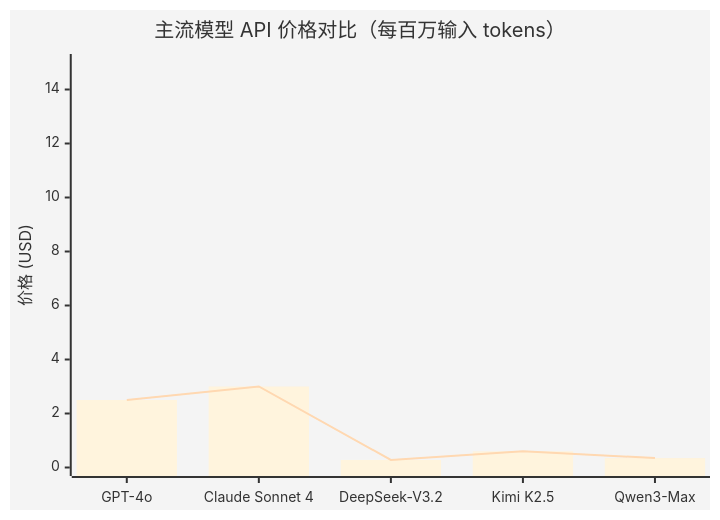
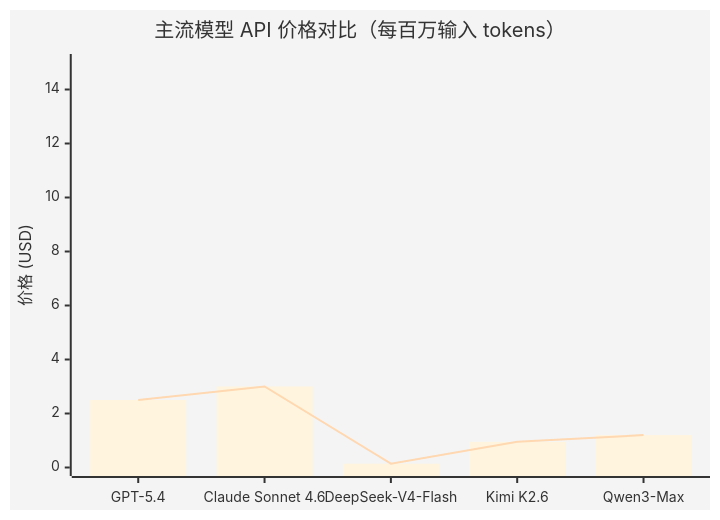
Before and after one commit to tonydeng/harness-engineering-from-oc-to-ai-coding: the second of 2 diagrams in src/03-setup/chinese-providers.md, drawn with Mermaid. The commit also changed other lines of this file and 331 other files, not shown here.

````diff
--- a/src/03-setup/chinese-providers.md
+++ b/src/03-setup/chinese-providers.md
@@ -519,9 +566,9 @@
 ```mermaid
 %%{init: {'theme':'base', 'themeVariables': {'primaryColor':'#4A90D9', 'secondaryColor':'#50C878', 'tertiaryColor':'#FF9F43'}}}%%
 xychart-beta
     title "主流模型 API 价格对比（每百万输入 tokens）"
-    x-axis ["GPT-4o", "Claude Sonnet 4", "DeepSeek-V3.2", "Kimi K2.5", "Qwen3-Max"]
+    x-axis ["GPT-5.4", "Claude Sonnet 4.6", "DeepSeek-V4-Flash", "Kimi K2.6", "Qwen3-Max"]
     y-axis "价格 (USD)" 0 --> 15
-    bar [2.50, 3.00, 0.28, 0.60, 0.35]
-    line [2.50, 3.00, 0.28, 0.60, 0.35]
+    bar [2.50, 3.00, 0.14, 0.95, 1.20]
+    line [2.50, 3.00, 0.14, 0.95, 1.20]
 ```
````
